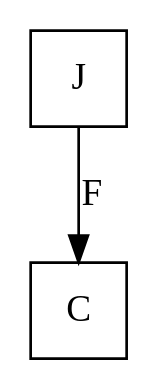
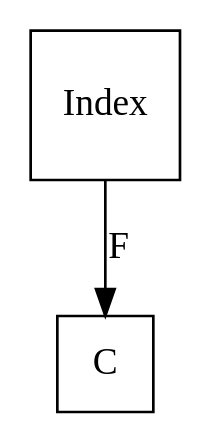
One commit to frankymacster/category-theory-graphviz changed the third of 4 diagrams in cone.md. Above: the diagram before and after it, drawn with Graphviz. The commit also changed other lines of this file, not shown here.

````diff
--- a/cone.md
+++ b/cone.md
@@ -55,8 +55,8 @@
 ```graphviz
 digraph G {
-  "J" [shape="square"]
+  "Index" [shape="square"]
   "C" [shape="square"]
 
-  "J" -> "C" [label="F"]
+  "Index" -> "C" [label="F"]
 }
 ```
````
